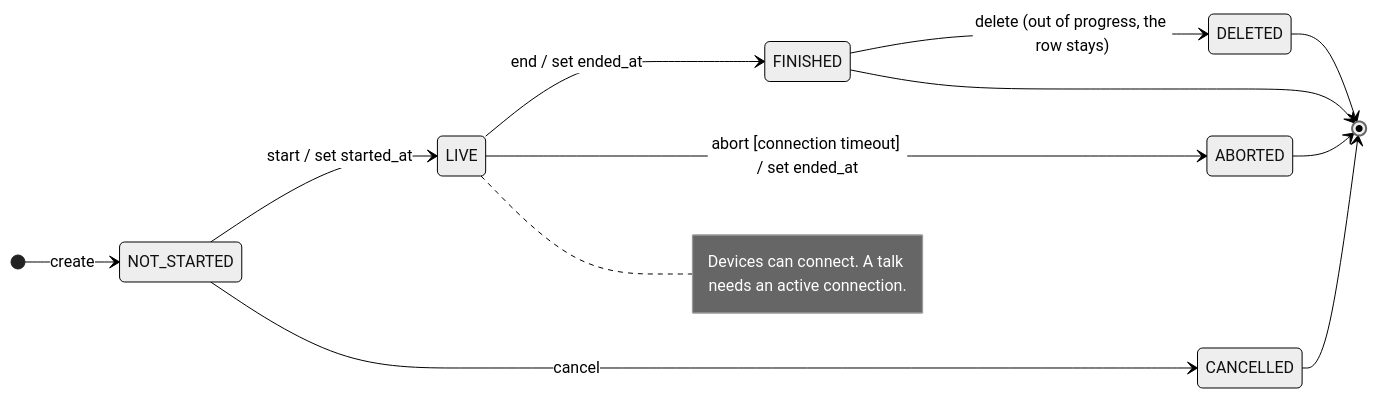
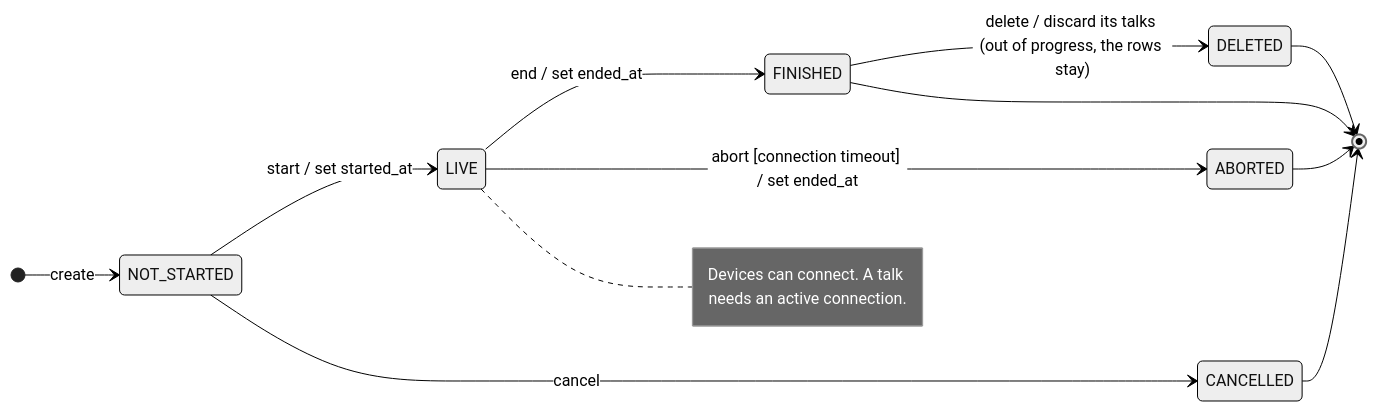
The first of 5 diagrams in Server/core/LogicGraphs.md (Slimeball12399/Pivot_expert_in_teams), drawn with Mermaid (neutral theme) before and after one commit. The commit also changed 3 other files, not shown here.

Commit message:
discard talks as well

````diff
--- a/Server/core/LogicGraphs.md
+++ b/Server/core/LogicGraphs.md
@@ -4,15 +4,15 @@
 ```mermaid
 stateDiagram-v2
     direction LR
     [*] --> NOT_STARTED : create
     NOT_STARTED --> LIVE : start / set started_at
     NOT_STARTED --> CANCELLED : cancel
     LIVE --> FINISHED : end / set ended_at
     LIVE --> ABORTED : abort [connection timeout] / set ended_at
-    FINISHED --> DELETED : delete (out of progress, the row stays)
+    FINISHED --> DELETED : delete / discard its talks (out of progress, the rows stay)
     FINISHED --> [*]
     DELETED --> [*]
     CANCELLED --> [*]
     ABORTED --> [*]
     note right of LIVE : Devices can connect. A talk needs an active connection.
 ```
````
